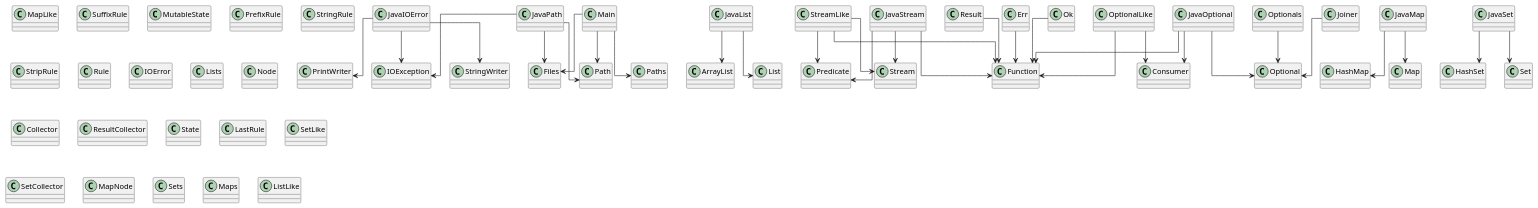
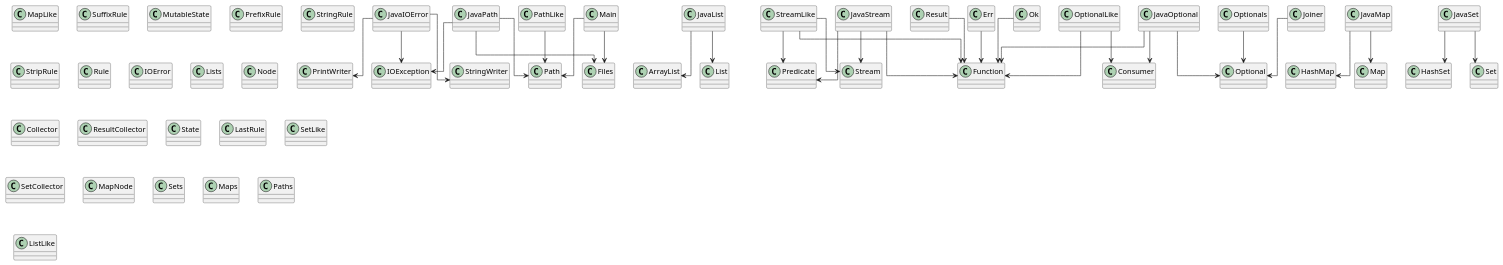
One commit to SirMathhman/Magma changed the diagram in diagram.puml. Above: the diagram before and after it, drawn with PlantUML. The commit also changed 4 other files, not shown here.

```diff
--- a/diagram.puml
+++ b/diagram.puml
@@ -1,70 +1,72 @@
 @startuml
 skinparam linetype ortho
 class MapLike
 class SuffixRule
 class JavaIOError
 JavaIOError --> IOException
 JavaIOError --> PrintWriter
 JavaIOError --> StringWriter
 class JavaList
 JavaList --> ArrayList
 JavaList --> List
 class MutableState
 class StreamLike
 StreamLike --> Function
 StreamLike --> Predicate
 StreamLike --> Stream
 class PrefixRule
+class PathLike
+PathLike --> Path
 class StringRule
 class StripRule
 class Joiner
 Joiner --> Optional
 class Rule
 class IOError
 class Lists
 class JavaPath
 JavaPath --> IOException
 JavaPath --> Files
 JavaPath --> Path
 class Node
 class Collector
 class OptionalLike
 OptionalLike --> Consumer
 OptionalLike --> Function
 class ResultCollector
 class State
 class Result
 Result --> Function
 class JavaMap
 JavaMap --> HashMap
 JavaMap --> Map
 class JavaStream
 JavaStream --> Function
 JavaStream --> Predicate
 JavaStream --> Stream
 class Ok
 Ok --> Function
 class LastRule
 class SetLike
 class JavaSet
 JavaSet --> HashSet
 JavaSet --> Set
 class SetCollector
 class Err
 Err --> Function
 class MapNode
 class Sets
 class Main
 Main --> Files
 Main --> Path
-Main --> Paths
 class Optionals
 Optionals --> Optional
 class Maps
+class Paths
 class ListLike
 class JavaOptional
 JavaOptional --> Optional
 JavaOptional --> Consumer
 JavaOptional --> Function
 
 @enduml
```
